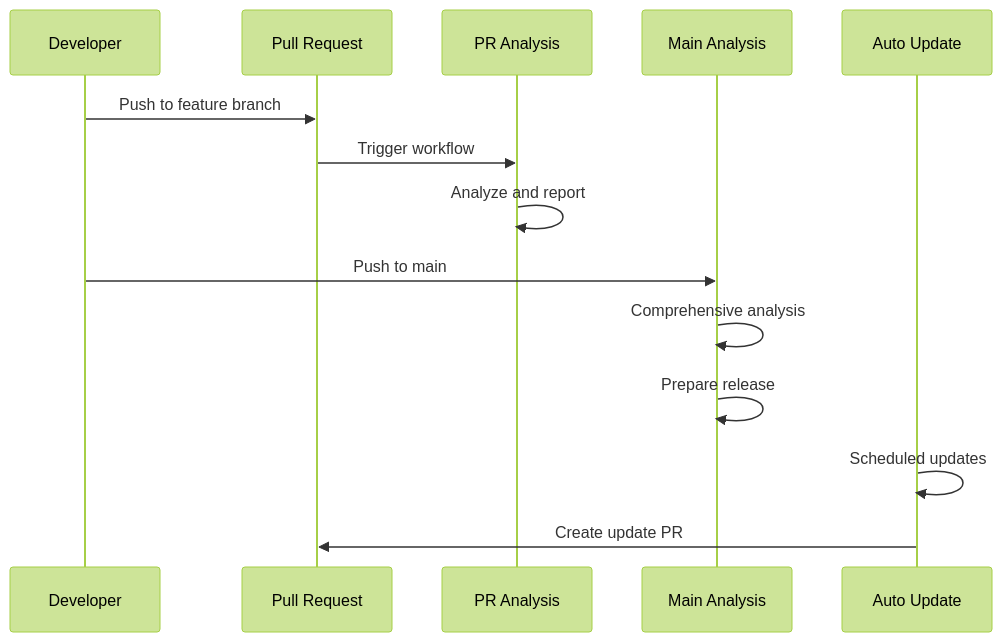
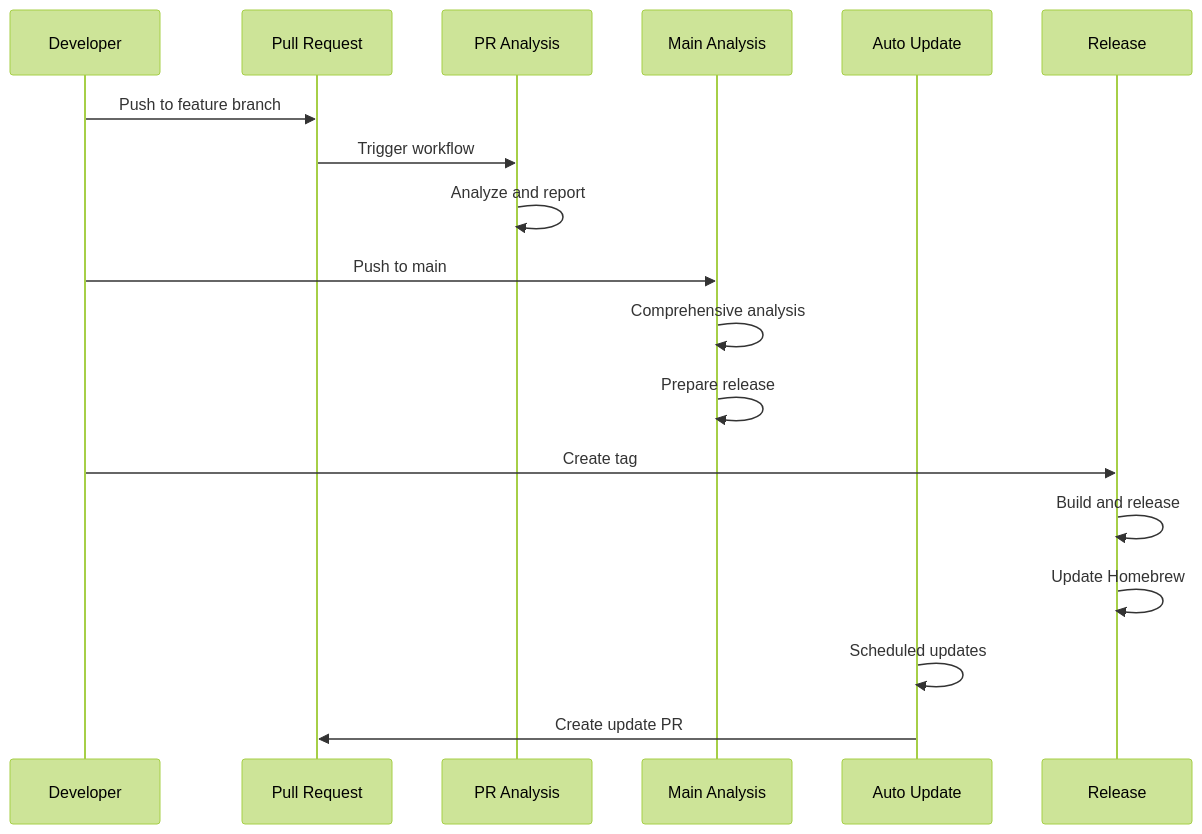
Before and after one commit to ericodx/swift-structure: the sixth of 6 diagrams in Docs/CI/README.md, drawn with Mermaid (forest theme). The commit also changed other lines of this file, not shown here.

Commit message:
docs: update CI README with release workflow integration

````diff
--- a/Docs/CI/README.md
+++ b/Docs/CI/README.md
@@ -277,19 +270,24 @@
 ```mermaid
 sequenceDiagram
     participant Dev as Developer
     participant PR as Pull Request
     participant PA as PR Analysis
     participant MA as Main Analysis
     participant AU as Auto Update
+    participant REL as Release
     
     Dev->>PR: Push to feature branch
     PR->>PA: Trigger workflow
     PA->>PA: Analyze and report
     
     Dev->>MA: Push to main
     MA->>MA: Comprehensive analysis
     MA->>MA: Prepare release
     
+    Dev->>REL: Create tag
+    REL->>REL: Build and release
+    REL->>REL: Update Homebrew
+    
     AU->>AU: Scheduled updates
     AU->>PR: Create update PR
 ```
````
